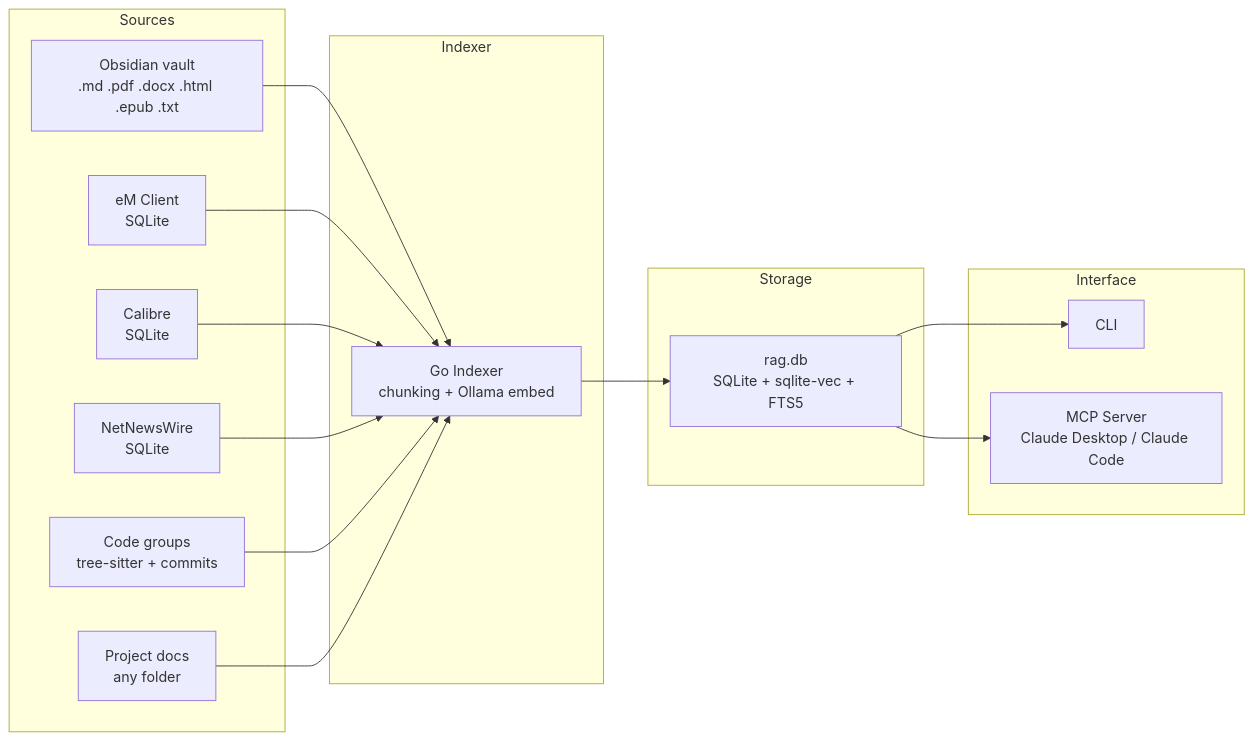
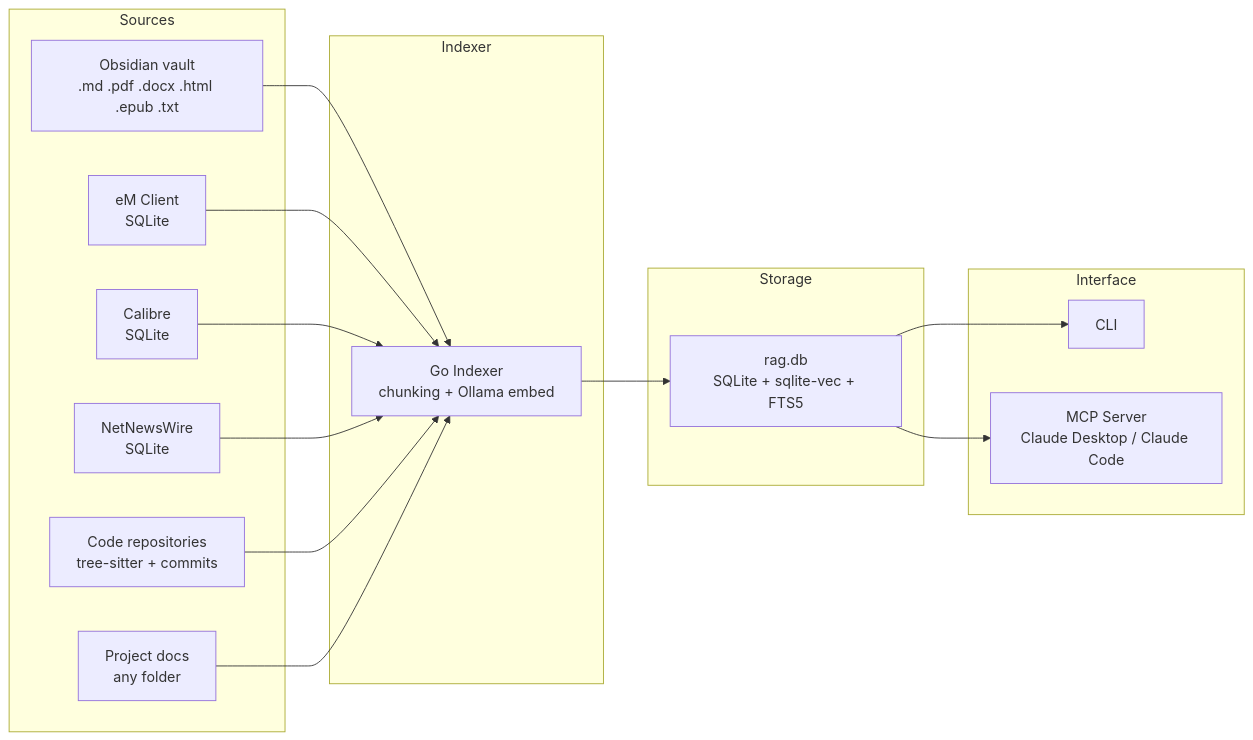
The diagram in CLAUDE.md (sebastianhutter/local-rag), drawn with Mermaid before and after one commit. The commit also changed other lines of this file and 13 other files, not shown here.

First line of the commit message:
feat: rename 'group' to 'code' CLI and 'code_groups' to 'repositories' config key (#11)

````diff
--- a/CLAUDE.md
+++ b/CLAUDE.md
@@ -48,34 +48,34 @@
 ```mermaid
 flowchart LR
     subgraph Sources
         OBS["Obsidian vault<br/>.md .pdf .docx .html .epub .txt"]
         EM["eM Client<br/>SQLite"]
         CAL["Calibre<br/>SQLite"]
         NNW["NetNewsWire<br/>SQLite"]
-        GIT["Code groups<br/>tree-sitter + commits"]
+        GIT["Code repositories<br/>tree-sitter + commits"]
         PRJ["Project docs<br/>any folder"]
     end
 
     subgraph Indexer
         IDX["Go Indexer<br/>chunking + Ollama embed"]
     end
 
     subgraph Storage
         DB["rag.db<br/>SQLite + sqlite-vec + FTS5"]
     end
 
     subgraph Interface
         CLI["CLI"]
         MCP["MCP Server<br/>Claude Desktop / Claude Code"]
     end
 
     OBS --> IDX
     EM --> IDX
     CAL --> IDX
     NNW --> IDX
     GIT --> IDX
     PRJ --> IDX
     IDX --> DB
     DB --> CLI
     DB --> MCP
 ```
````
